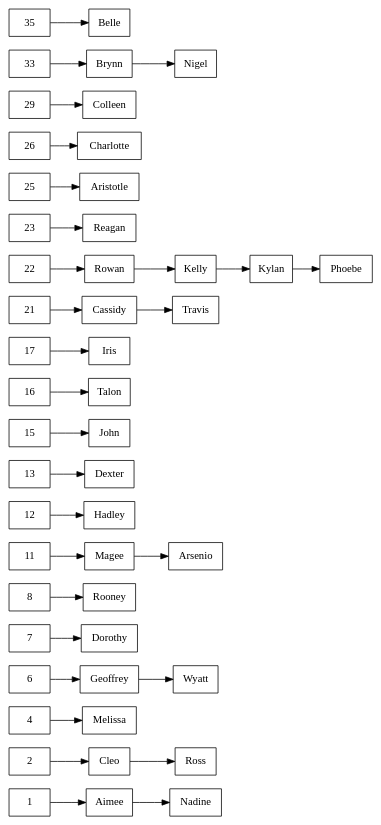
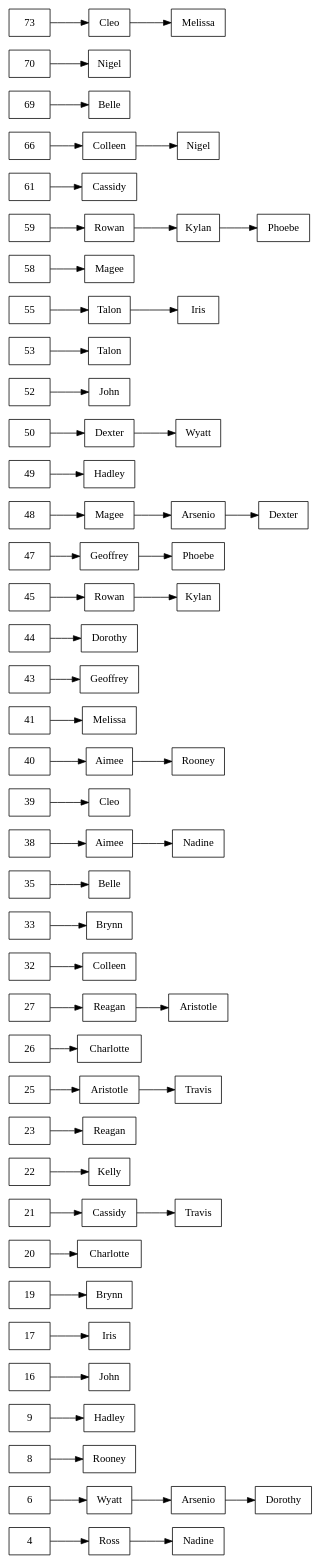
The diagram in Clientes.dot (SergioUnix/EDD_Proyecto2_Junio_2020), drawn with Graphviz before and after one commit. The commit also changed 7 other files, not shown here.

```diff
--- a/Clientes.dot
+++ b/Clientes.dot
@@ -1,81 +1,153 @@
 digraph DoublyCList {
 node[shape=box];
-rankdir=LR;"1";
-"4255040741108"[label ="Aimee"];
-"8881189800232"[label ="Nadine"];
-"4255040741108"->"8881189800232";
-1->"4255040741108";
-"2";
-"7176750467119"[label ="Cleo"];
-"8197907665334"[label ="Ross"];
-"7176750467119"->"8197907665334";
-2->"7176750467119";
-"4";
-"6169192041447"[label ="Melissa"];
-4->"6169192041447";
+rankdir=LR;"4";
+"8199907665334"[label ="Ross"];
+"8884189800232"[label ="Nadine"];
+"8199907665334"->"8884189800232";
+4->"8199907665334";
 "6";
-"345056202069"[label ="Geoffrey"];
 "2707968240198"[label ="Wyatt"];
-"345056202069"->"2707968240198";
-6->"345056202069";
-"7";
-"976166618282"[label ="Dorothy"];
-7->"976166618282";
+"2214856202804"[label ="Arsenio"];
+"975166618282"[label ="Dorothy"];
+"2707968240198"->"2214856202804";
+"2214856202804"->"975166618282";
+6->"2707968240198";
 "8";
 "9283511284586"[label ="Rooney"];
 8->"9283511284586";
-"11";
-"5930296786658"[label ="Magee"];
-"2219856202804"[label ="Arsenio"];
-"5930296786658"->"2219856202804";
-11->"5930296786658";
-"12";
-"4507584236457"[label ="Hadley"];
-12->"4507584236457";
-"13";
-"6877404823974"[label ="Dexter"];
-13->"6877404823974";
-"15";
-"676393056444"[label ="John"];
-15->"676393056444";
+"9";
+"4504584236457"[label ="Hadley"];
+9->"4504584236457";
 "16";
-"1010122545337"[label ="Talon"];
-16->"1010122545337";
+"677393056444"[label ="John"];
+16->"677393056444";
 "17";
 "372451820261"[label ="Iris"];
 17->"372451820261";
+"19";
+"4680999737485"[label ="Brynn"];
+19->"4680999737485";
+"20";
+"9313081738396"[label ="Charlotte"];
+20->"9313081738396";
 "21";
 "8552640378145"[label ="Cassidy"];
 "5094625203685"[label ="Travis"];
 "8552640378145"->"5094625203685";
 21->"8552640378145";
 "22";
-"2806407299839"[label ="Rowan"];
 "8165085954882"[label ="Kelly"];
-"2987027347435"[label ="Kylan"];
-"8242750632869"[label ="Phoebe"];
-"2806407299839"->"8165085954882";
-"8165085954882"->"2987027347435";
-"2987027347435"->"8242750632869";
-22->"2806407299839";
+22->"8165085954882";
 "23";
 "1580564721155"[label ="Reagan"];
 23->"1580564721155";
 "25";
 "2509410769259"[label ="Aristotle"];
+"5098625203685"[label ="Travis"];
+"2509410769259"->"5098625203685";
 25->"2509410769259";
 "26";
 "9393081738396"[label ="Charlotte"];
 26->"9393081738396";
-"29";
-"8023423332982"[label ="Colleen"];
-29->"8023423332982";
+"27";
+"1584564721155"[label ="Reagan"];
+"250710769259"[label ="Aristotle"];
+"1584564721155"->"250710769259";
+27->"1584564721155";
+"32";
+"8026423332982"[label ="Colleen"];
+32->"8026423332982";
 "33";
 "4620999737485"[label ="Brynn"];
-"9674433555064"[label ="Nigel"];
-"4620999737485"->"9674433555064";
 33->"4620999737485";
 "35";
 "1357137121751"[label ="Belle"];
 35->"1357137121751";
+"38";
+"4255040741108"[label ="Aimee"];
+"8881189800232"[label ="Nadine"];
+"4255040741108"->"8881189800232";
+38->"4255040741108";
+"39";
+"7176750467119"[label ="Cleo"];
+39->"7176750467119";
+"40";
+"4257040741108"[label ="Aimee"];
+"9278511284586"[label ="Rooney"];
+"4257040741108"->"9278511284586";
+40->"4257040741108";
+"41";
+"6169192041447"[label ="Melissa"];
+41->"6169192041447";
+"43";
+"345056202069"[label ="Geoffrey"];
+43->"345056202069";
+"44";
+"976166618282"[label ="Dorothy"];
+44->"976166618282";
+"45";
+"2866407299839"[label ="Rowan"];
+"2987827347435"[label ="Kylan"];
+"2866407299839"->"2987827347435";
+45->"2866407299839";
+"47";
+"349056202069"[label ="Geoffrey"];
+"82489750632869"[label ="Phoebe"];
+"349056202069"->"82489750632869";
+47->"349056202069";
+"48";
+"5930296786658"[label ="Magee"];
+"2219856202804"[label ="Arsenio"];
+"6875404823974"[label ="Dexter"];
+"5930296786658"->"2219856202804";
+"2219856202804"->"6875404823974";
+48->"5930296786658";
+"49";
+"4507584236457"[label ="Hadley"];
+49->"4507584236457";
+"50";
+"6877404823974"[label ="Dexter"];
+"2788968240198"[label ="Wyatt"];
+"6877404823974"->"2788968240198";
+50->"6877404823974";
+"52";
+"676393056444"[label ="John"];
+52->"676393056444";
+"53";
+"1010122545337"[label ="Talon"];
+53->"1010122545337";
+"55";
+"1012122545337"[label ="Talon"];
+"373451820261"[label ="Iris"];
+"1012122545337"->"373451820261";
+55->"1012122545337";
+"58";
+"5940296786658"[label ="Magee"];
+58->"5940296786658";
+"59";
+"2806407299839"[label ="Rowan"];
+"2987027347435"[label ="Kylan"];
+"8242750632869"[label ="Phoebe"];
+"2806407299839"->"2987027347435";
+"2987027347435"->"8242750632869";
+59->"2806407299839";
+"61";
+"8592640378145"[label ="Cassidy"];
+61->"8592640378145";
+"66";
+"8023423332982"[label ="Colleen"];
+"9633433555064"[label ="Nigel"];
+"8023423332982"->"9633433555064";
+66->"8023423332982";
+"69";
+"1354137121751"[label ="Belle"];
+69->"1354137121751";
+"70";
+"9674433555064"[label ="Nigel"];
+70->"9674433555064";
+"73";
+"7136750467119"[label ="Cleo"];
+"6164192041447"[label ="Melissa"];
+"7136750467119"->"6164192041447";
+73->"7136750467119";
 }
```
